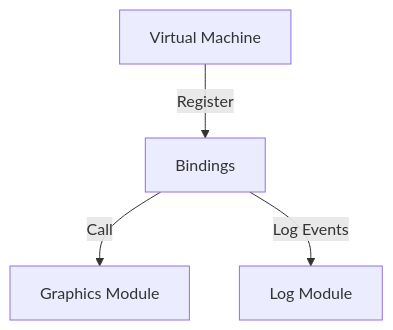
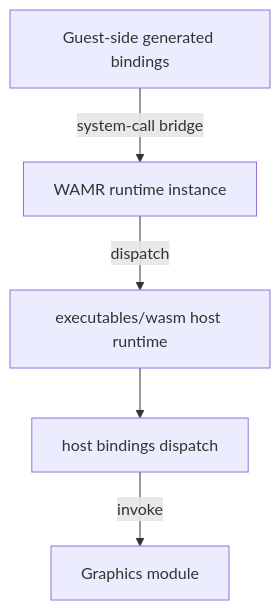
The first of 2 diagrams in src/guide/architecture/modules/bindings.md (Xila-Project/Website), drawn with Mermaid before and after one commit. The commit also changed other lines of this file and 7 other files, not shown here.

Commit message:
feat: update architecture diagrams for modules with improved clarity and detail

````diff
--- a/src/guide/architecture/modules/bindings.md
+++ b/src/guide/architecture/modules/bindings.md
@@ -32,7 +32,13 @@
 ```mermaid
 graph TD
-    B[Bindings]
-    B -->|Call| Graphics_module[Graphics Module]
-    B -->|Log Events| Log_module[Log Module]
-    Virtual_machine[Virtual Machine] -->|Register| B
+    Guest[Guest-side generated bindings]
+    HostRuntime[executables/wasm host runtime]
+    HostBindings[host bindings dispatch]
+    Graphics_module[Graphics module]
+    VM[WAMR runtime instance]
+
+    Guest -->|system-call bridge| VM
+    VM -->|dispatch| HostRuntime
+    HostRuntime --> HostBindings
+    HostBindings -->|invoke| Graphics_module
 ```
````
